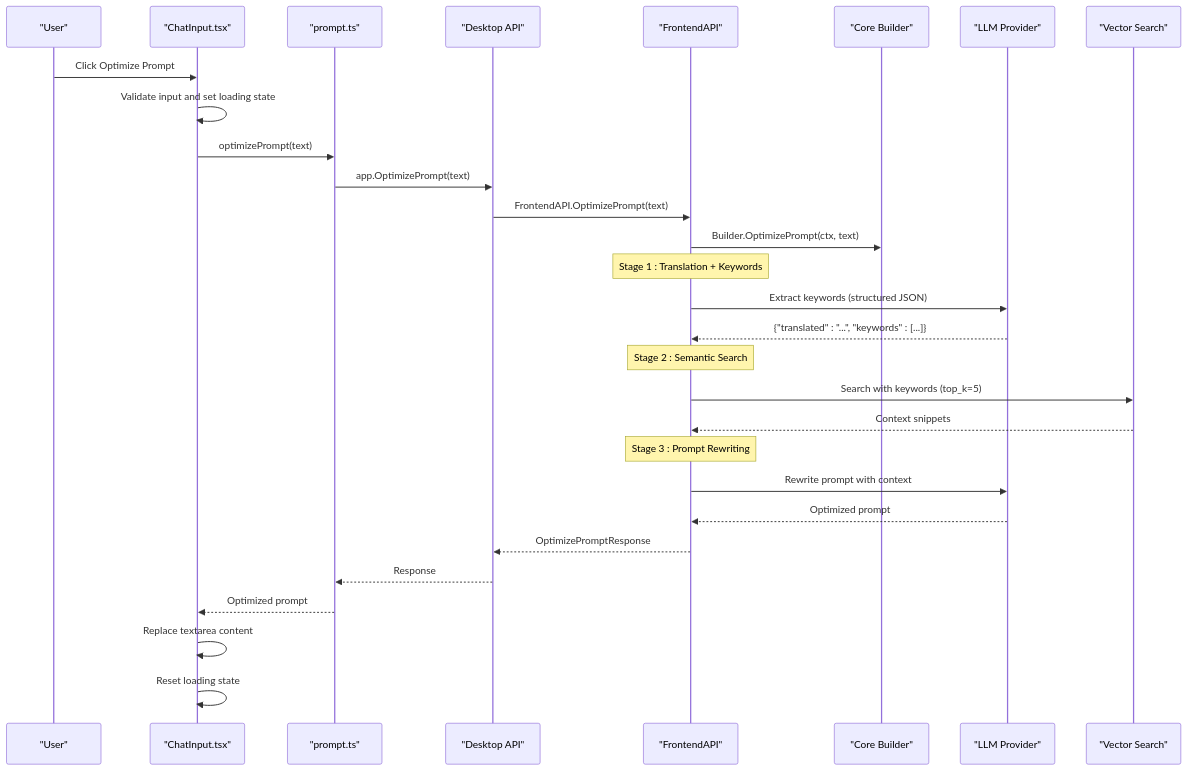
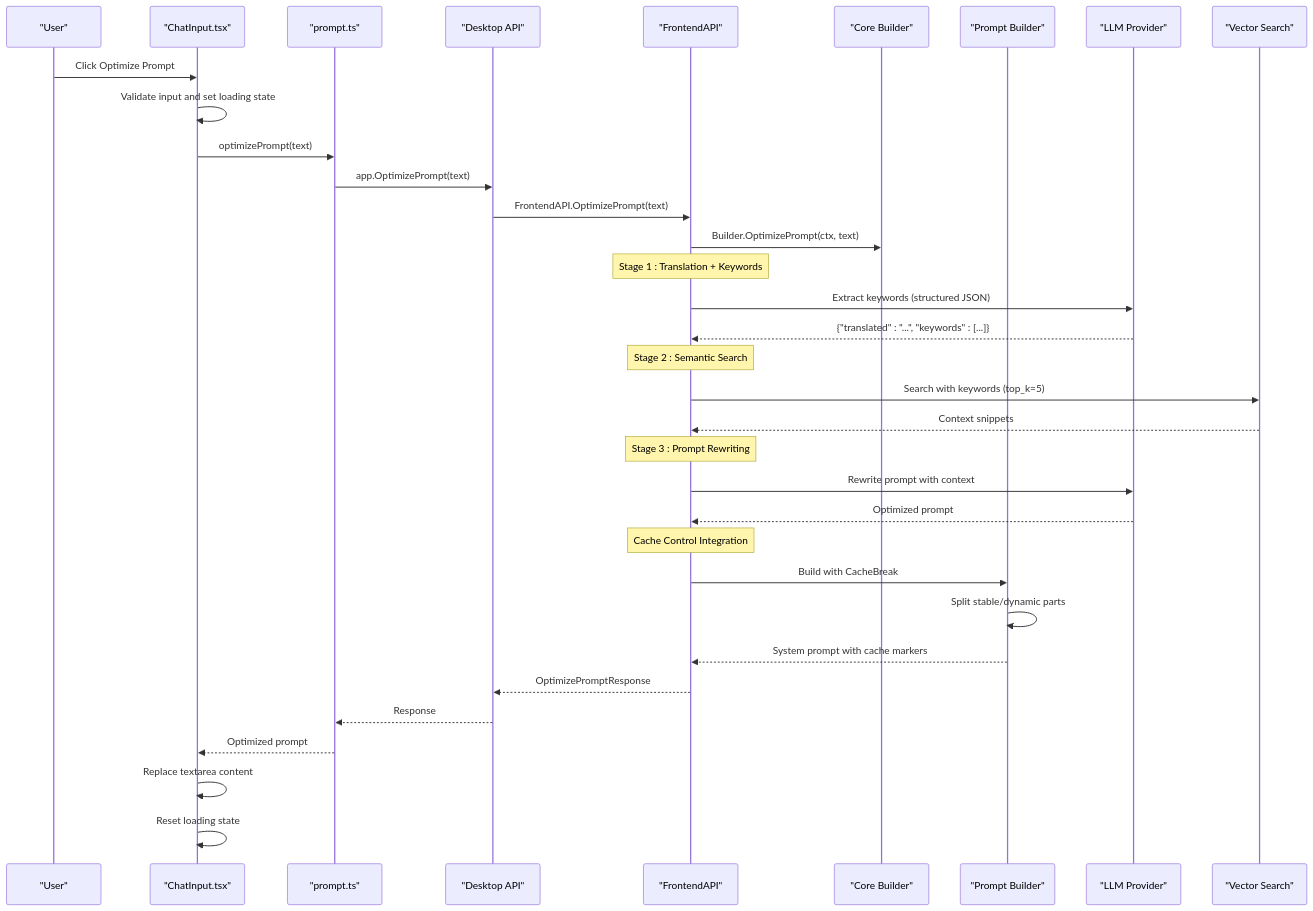
The first of 4 diagrams in .qoder/repowiki/en/content/Architecture/Core AI Engine Architecture/Prompt Optimization Feature.md (v0lka/c0wrk), drawn with Mermaid before and after one commit. The commit also changed other lines of this file and 25 other files, not shown here.

````diff
--- a/.qoder/repowiki/en/content/Architecture/Core AI Engine Architecture/Prompt Optimization Feature.md
+++ b/.qoder/repowiki/en/content/Architecture/Core AI Engine Architecture/Prompt Optimization Feature.md
@@ -60,31 +75,36 @@
 ```mermaid
 sequenceDiagram
 participant User as "User"
 participant UI as "ChatInput.tsx"
 participant API as "prompt.ts"
 participant Desktop as "Desktop API"
 participant Backend as "FrontendAPI"
 participant Core as "Core Builder"
+participant PromptBuilder as "Prompt Builder"
 participant LLM as "LLM Provider"
 participant Vector as "Vector Search"
 User->>UI : Click Optimize Prompt
 UI->>UI : Validate input and set loading state
 UI->>API : optimizePrompt(text)
 API->>Desktop : app.OptimizePrompt(text)
 Desktop->>Backend : FrontendAPI.OptimizePrompt(text)
 Backend->>Core : Builder.OptimizePrompt(ctx, text)
 Note over Backend : Stage 1 : Translation + Keywords
 Backend->>LLM : Extract keywords (structured JSON)
 LLM-->>Backend : {"translated" : "...", "keywords" : [...]}
 Note over Backend : Stage 2 : Semantic Search
 Backend->>Vector : Search with keywords (top_k=5)
 Vector-->>Backend : Context snippets
 Note over Backend : Stage 3 : Prompt Rewriting
 Backend->>LLM : Rewrite prompt with context
 LLM-->>Backend : Optimized prompt
+Note over Backend : Cache Control Integration
+Backend->>PromptBuilder : Build with CacheBreak
+PromptBuilder->>PromptBuilder : Split stable/dynamic parts
+PromptBuilder-->>Backend : System prompt with cache markers
 Backend-->>Desktop : OptimizePromptResponse
 Desktop-->>API : Response
 API-->>UI : Optimized prompt
 UI->>UI : Replace textarea content
 UI->>UI : Reset loading state
 ```
````
